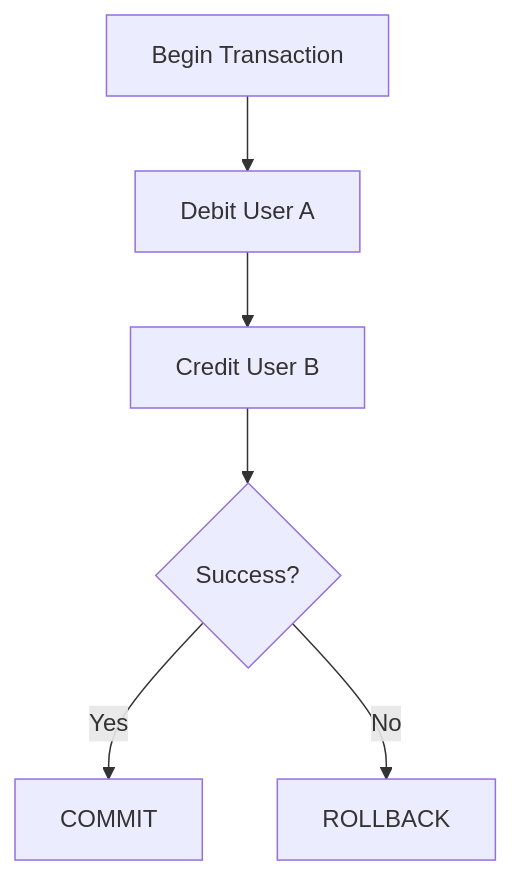
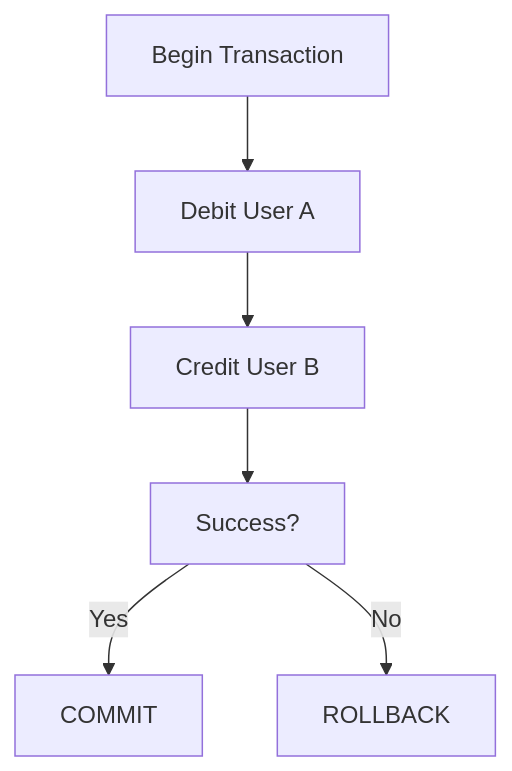
Diagram 16 of 50 in diagrams/50-comprehensive-diagrams.md (subhashladumor1/laravel-mastery-roadmap), drawn with Mermaid before and after one commit. The commit also changed other lines of this file and 3 other files, not shown here.

First line of the commit message:
diagrams

````diff
--- a/diagrams/50-comprehensive-diagrams.md
+++ b/diagrams/50-comprehensive-diagrams.md
@@ -173,8 +173,8 @@
 ```mermaid
 graph TD
     Start[Begin Transaction] --> Op1[Debit User A]
     Op1 --> Op2[Credit User B]
-    Op2 --> Check{Success?}
+    Op2 --> Check[Success?]
     Check -->|Yes| Commit[COMMIT]
     Check -->|No| Rollback[ROLLBACK]
 ```
````
